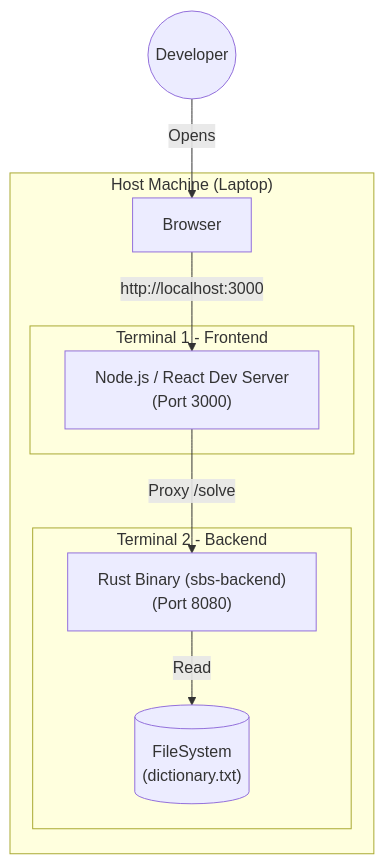
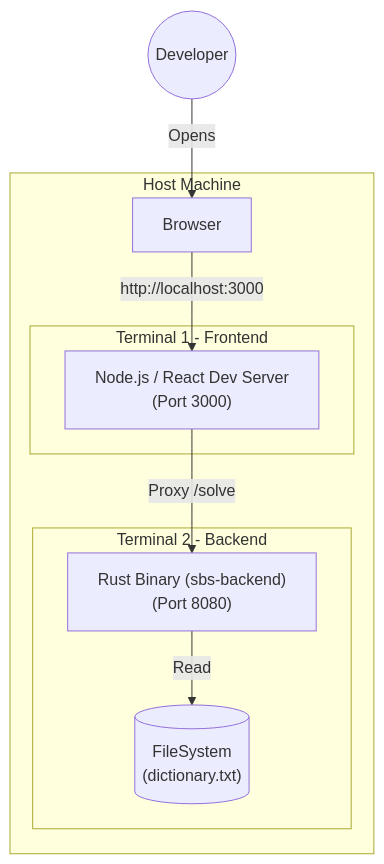
The diagram in architecture/native.mmd (wkusnierczyk/spelling-bee-solver), drawn with Mermaid before and after one commit. The commit also changed 1 other file, not shown here.

Commit message:
Update diagrams

```diff
--- a/architecture/native.mmd
+++ b/architecture/native.mmd
@@ -1,20 +1,20 @@
 graph TD
     User((Developer))
     
-    subgraph "Host Machine (Laptop)"
+    subgraph "Host Machine"
         Browser[Browser]
         
         subgraph "Terminal 1 - Frontend"
             ReactDev["Node.js / React Dev Server<br/>(Port 3000)"]
         end
         
         subgraph "Terminal 2 - Backend"
             RustBinary["Rust Binary (sbs-backend)<br/>(Port 8080)"]
             FileSys[("FileSystem<br/>(dictionary.txt)")]
         end
     end
 
     User -->|Opens| Browser
     Browser -->|http://localhost:3000| ReactDev
     ReactDev -->|Proxy /solve| RustBinary
     RustBinary -->|Read| FileSys
```
